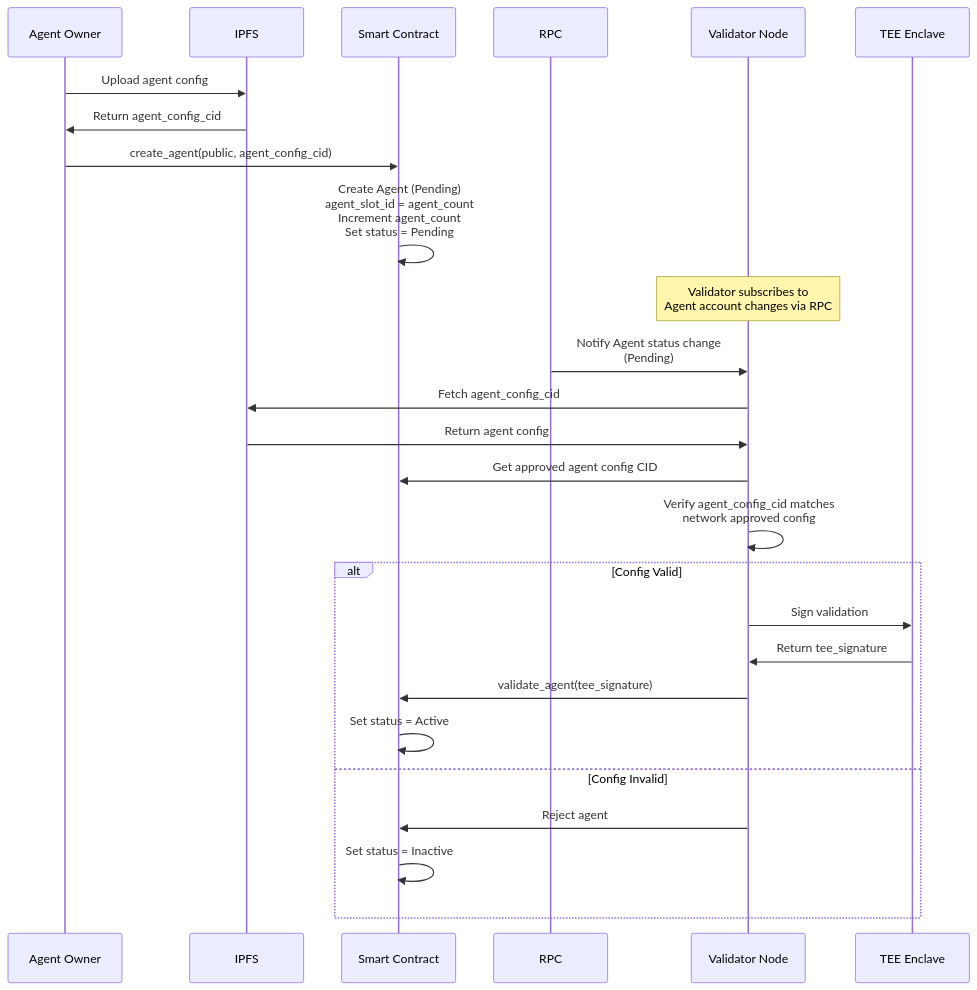
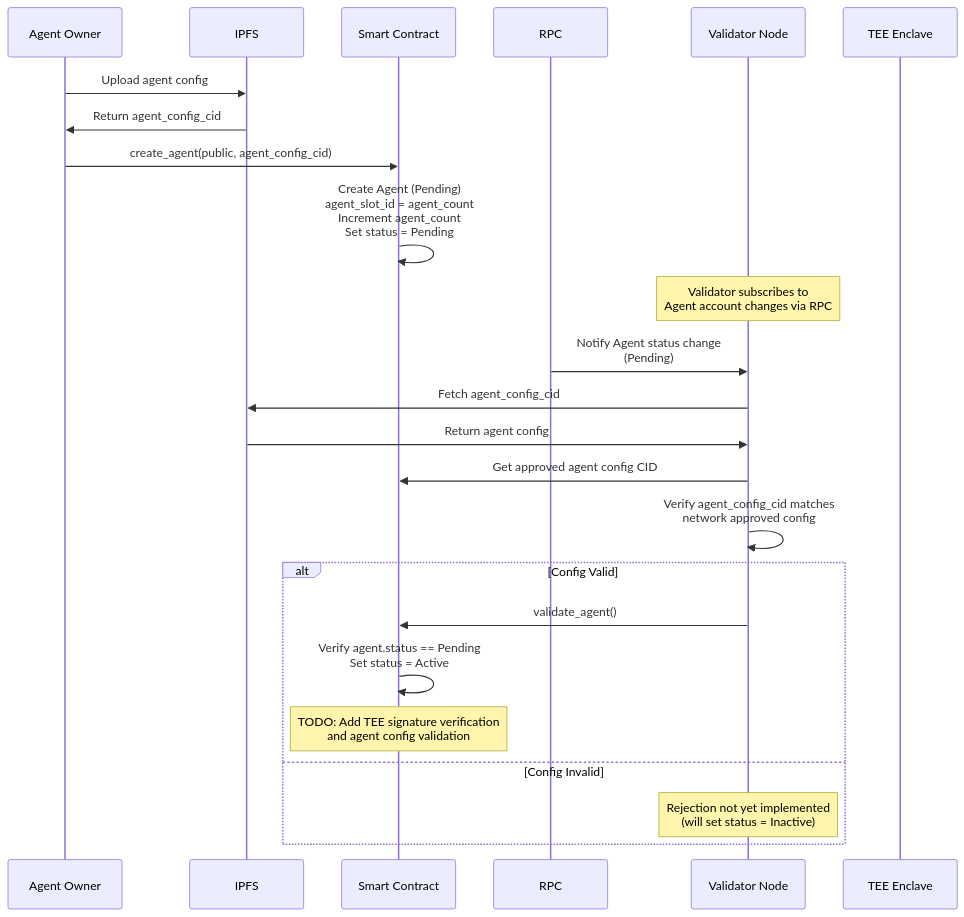
One commit to JorgeCosta87/decentralized-autonomous-computing changed the sixth of 13 diagrams in docs/design.md. Above: the diagram before and after it, drawn with Mermaid. The commit also changed other lines of this file and 1 other file, not shown here.

````diff
--- a/docs/design.md
+++ b/docs/design.md
@@ -310,33 +310,31 @@
 ```mermaid
 sequenceDiagram
     participant Owner as Agent Owner
     participant IPFS as IPFS
     participant DAC as Smart Contract
     participant RPC as RPC
     participant VN as Validator Node
     participant TEE as TEE Enclave
     
     Owner->>IPFS: Upload agent config
     IPFS->>Owner: Return agent_config_cid
     
     Owner->>DAC: create_agent(public, agent_config_cid)
     DAC->>DAC: Create Agent (Pending)<br/>agent_slot_id = agent_count<br/>Increment agent_count<br/>Set status = Pending
     
     Note over VN: Validator subscribes to<br/>Agent account changes via RPC
     
     RPC->>VN: Notify Agent status change<br/>(Pending)
     VN->>IPFS: Fetch agent_config_cid
     IPFS->>VN: Return agent config
     VN->>DAC: Get approved agent config CID
     VN->>VN: Verify agent_config_cid matches<br/>network approved config
     
     alt Config Valid
-        VN->>TEE: Sign validation
-        TEE->>VN: Return tee_signature
-        VN->>DAC: validate_agent(tee_signature)
-        DAC->>DAC: Set status = Active
+        VN->>DAC: validate_agent()
+        DAC->>DAC: Verify agent.status == Pending<br/>Set status = Active
+        Note over DAC: TODO: Add TEE signature verification<br/>and agent config validation
     else Config Invalid
-        VN->>DAC: Reject agent
-        DAC->>DAC: Set status = Inactive
+        Note over VN: Rejection not yet implemented<br/>(will set status = Inactive)
     end
 ```
````
